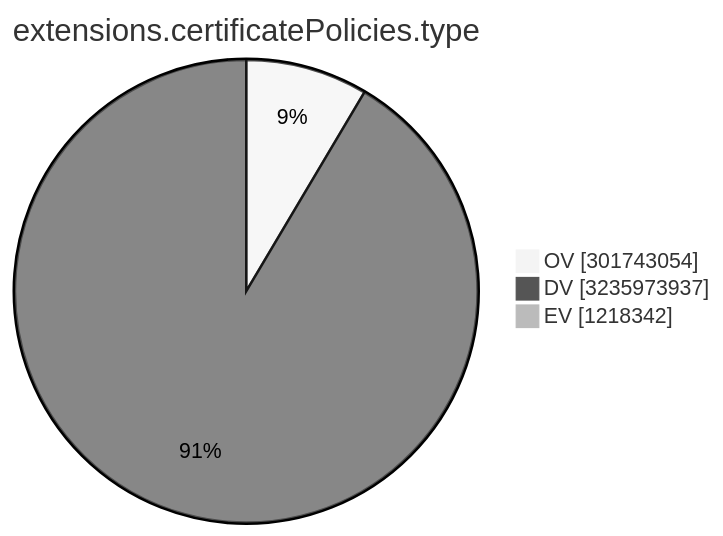
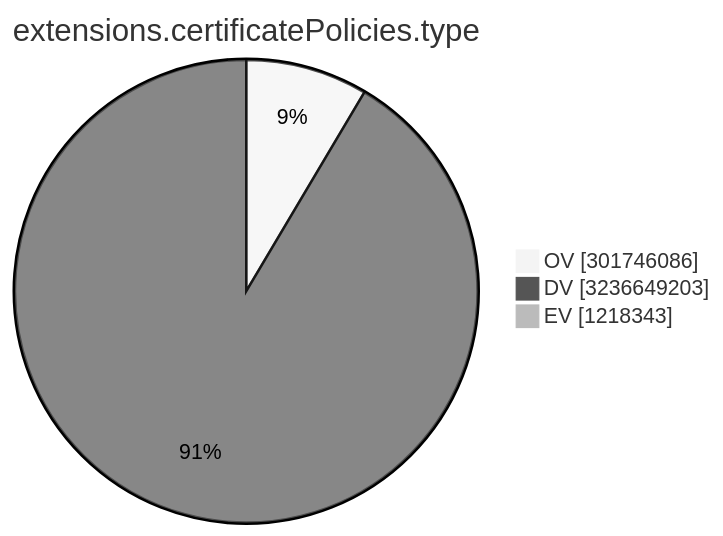
One commit to christiankrug/ctmonitor_visualization changed the ninth of 15 diagrams in TOTAL/README.md. Above: the diagram before and after it, drawn with Mermaid (neutral theme). The commit also changed other lines of this file, not shown here.

````diff
--- a/TOTAL/README.md
+++ b/TOTAL/README.md
@@ -3107,7 +3107,7 @@
 ```mermaid
 pie showData
 title extensions.certificatePolicies.type
-"OV" :301743054
-"DV" :3235973937
-"EV" :1218342
+"OV" :301746086
+"DV" :3236649203
+"EV" :1218343
 ```
````
